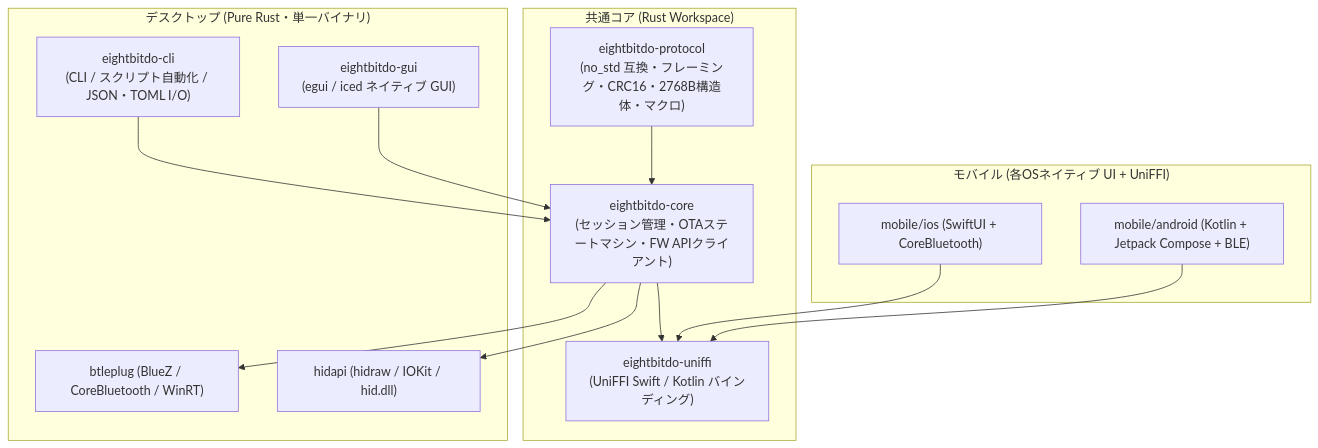
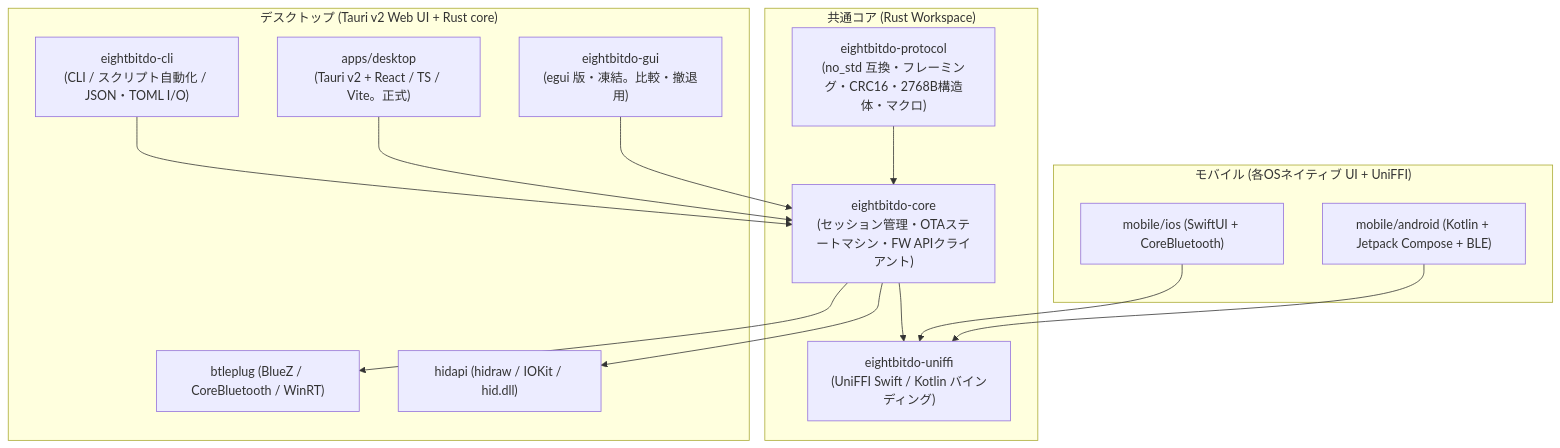
The diagram in docs/IMPLEMENTATION_PLAN.md (haruki0420/8bitdo-ultimate2-suite), drawn with Mermaid before and after one commit. The commit also changed other lines of this file and 8 other files, not shown here.

First line of the commit message:
docs: align the handoff docs with the merged Tauri GUI (#33)

````diff
--- a/docs/IMPLEMENTATION_PLAN.md
+++ b/docs/IMPLEMENTATION_PLAN.md
@@ -18,28 +18,30 @@
 ```mermaid
 graph TD
     subgraph Shared["共通コア (Rust Workspace)"]
         Proto["eightbitdo-protocol<br/>(no_std 互換・フレーミング・CRC16・2768B構造体・マクロ)"]
         Core["eightbitdo-core<br/>(セッション管理・OTAステートマシン・FW APIクライアント)"]
         FFI["eightbitdo-uniffi<br/>(UniFFI Swift / Kotlin バインディング)"]
         Proto --> Core
         Core --> FFI
     end
 
-    subgraph Desktop["デスクトップ (Pure Rust・単一バイナリ)"]
+    subgraph Desktop["デスクトップ (Tauri v2 Web UI + Rust core)"]
         CLI["eightbitdo-cli<br/>(CLI / スクリプト自動化 / JSON・TOML I/O)"]
-        GUI["eightbitdo-gui<br/>(egui / iced ネイティブ GUI)"]
+        GUI["apps/desktop<br/>(Tauri v2 + React / TS / Vite。正式)"]
+        EGUI["eightbitdo-gui<br/>(egui 版・凍結。比較・撤退用)"]
         BTDesk["btleplug (BlueZ / CoreBluetooth / WinRT)"]
         HIDDesk["hidapi (hidraw / IOKit / hid.dll)"]
         CLI --> Core
         GUI --> Core
+        EGUI --> Core
         Core --> BTDesk
         Core --> HIDDesk
     end
 
     subgraph Mobile["モバイル (各OSネイティブ UI + UniFFI)"]
         iOS["mobile/ios (SwiftUI + CoreBluetooth)"]
         Android["mobile/android (Kotlin + Jetpack Compose + BLE)"]
         iOS --> FFI
         Android --> FFI
     end
 ```
````
